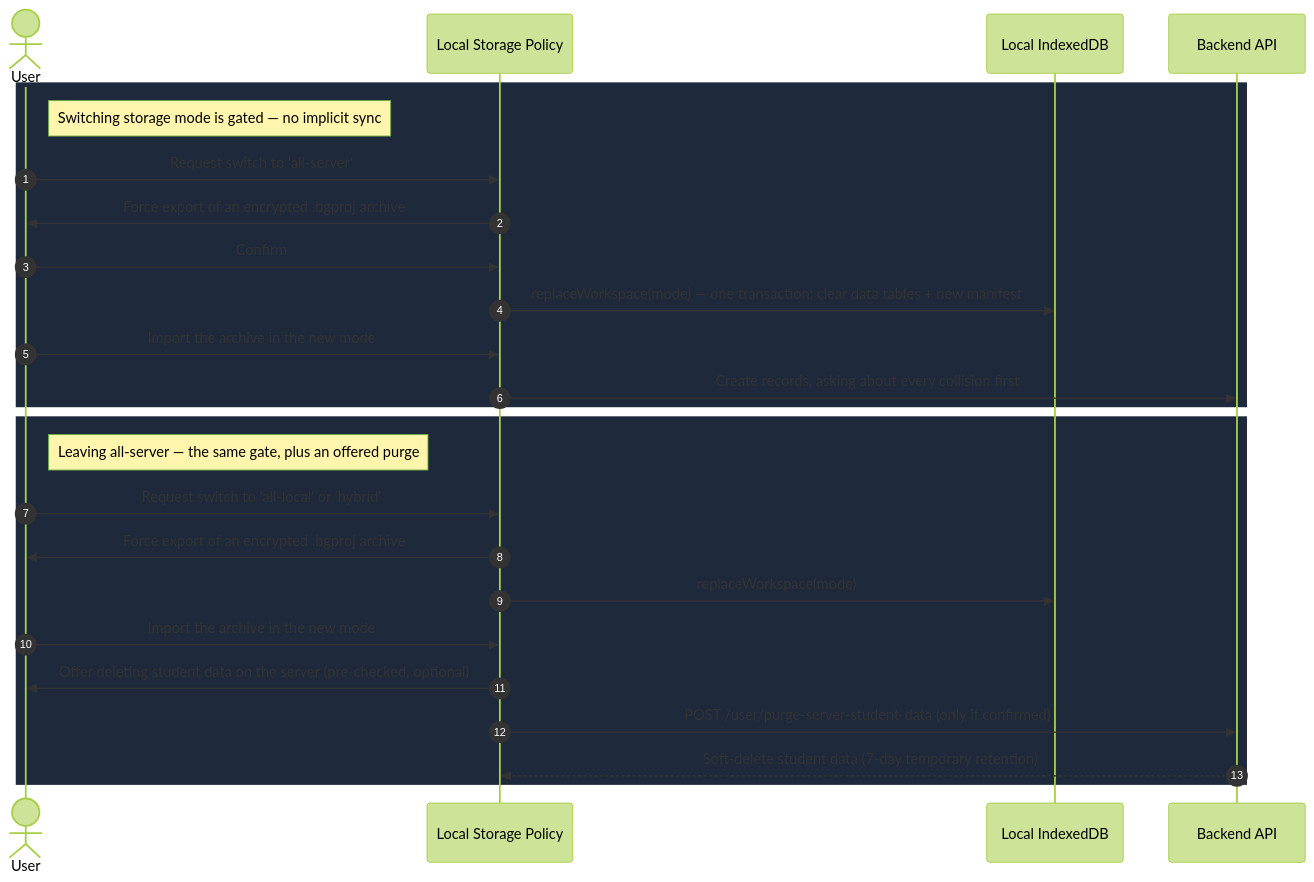
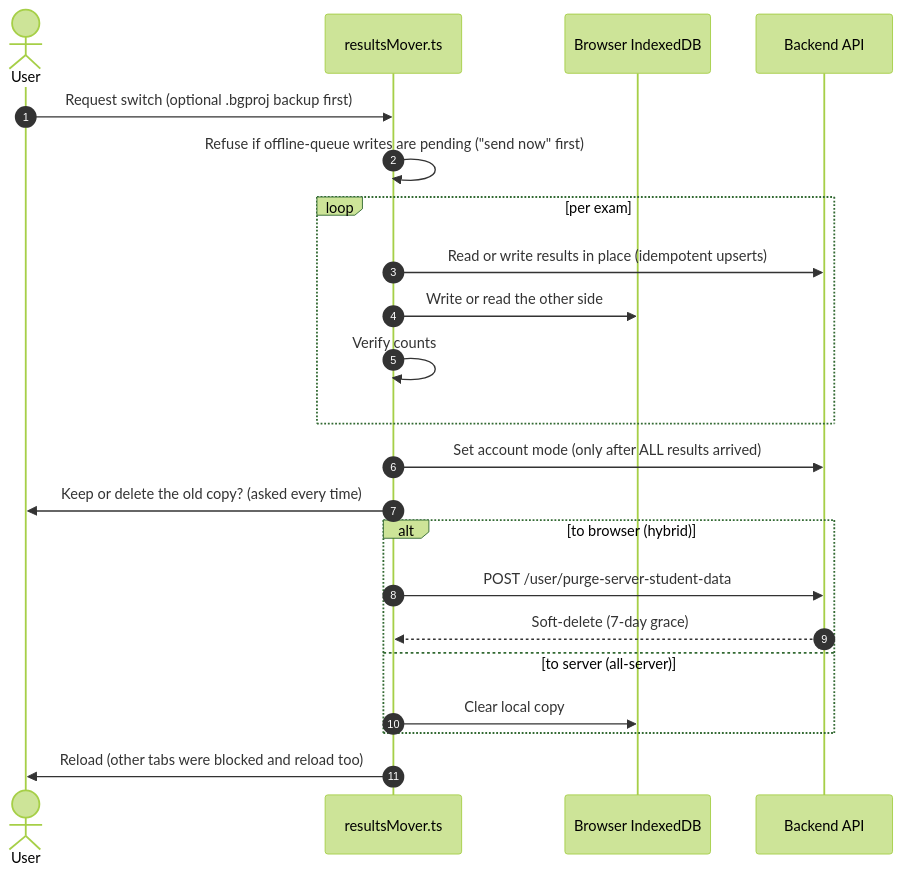
The third of 3 diagrams in docs/data_flow_and_security.md (ValentinHerrmann/Examance), drawn with Mermaid (forest theme) before and after one commit. The commit also changed other lines of this file and 3 other files, not shown here.

First line of the commit message:
Update in-app help and security docs for the account-held storage mode (#47)

````diff
--- a/docs/data_flow_and_security.md
+++ b/docs/data_flow_and_security.md
@@ -354,29 +378,25 @@
 ```mermaid
 sequenceDiagram
     autonumber
     actor User
-    participant Store as Local Storage Policy
-    participant IDB as Local IndexedDB
+    participant Mover as resultsMover.ts
+    participant IDB as Browser IndexedDB
     participant Server as Backend API
 
-    rect rgb(30, 41, 59)
-    note right of User: Switching storage mode is gated — no implicit sync
-    User->>Store: Request switch to 'all-server'
-    Store->>User: Force export of an encrypted .bgproj archive
-    User->>Store: Confirm
-    Store->>IDB: replaceWorkspace(mode) — one transaction: clear data tables + new manifest
-    User->>Store: Import the archive in the new mode
-    Store->>Server: Create records, asking about every collision first
+    User->>Mover: Request switch (optional .bgproj backup first)
+    Mover->>Mover: Refuse if offline-queue writes are pending ("send now" first)
+    loop per exam
+        Mover->>Server: Read or write results in place (idempotent upserts)
+        Mover->>IDB: Write or read the other side
+        Mover->>Mover: Verify counts
     end
-
-    rect rgb(30, 41, 59)
-    note right of User: Leaving all-server — the same gate, plus an offered purge
-    User->>Store: Request switch to 'all-local' or 'hybrid'
-    Store->>User: Force export of an encrypted .bgproj archive
-    Store->>IDB: replaceWorkspace(mode)
-    User->>Store: Import the archive in the new mode
-    Store->>User: Offer deleting student data on the server (pre-checked, optional)
-    Store->>Server: POST /user/purge-server-student-data (only if confirmed)
-    Server-->>Store: Soft-delete student data (7-day temporary retention)
+    Mover->>Server: Set account mode (only after ALL results arrived)
+    Mover->>User: Keep or delete the old copy? (asked every time)
+    alt to browser (hybrid)
+        Mover->>Server: POST /user/purge-server-student-data
+        Server-->>Mover: Soft-delete (7-day grace)
+    else to server (all-server)
+        Mover->>IDB: Clear local copy
     end
+    Mover->>User: Reload (other tabs were blocked and reload too)
 ```
````
